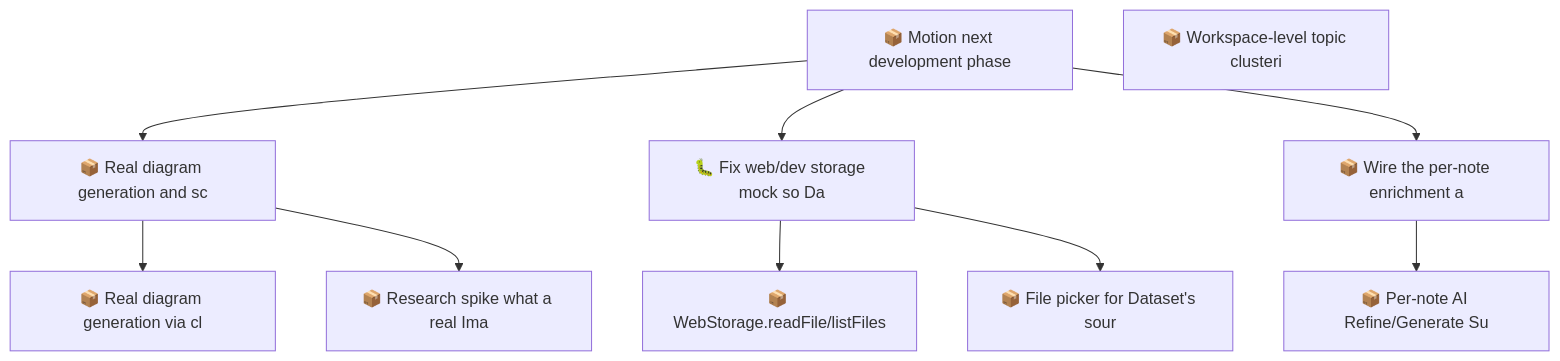
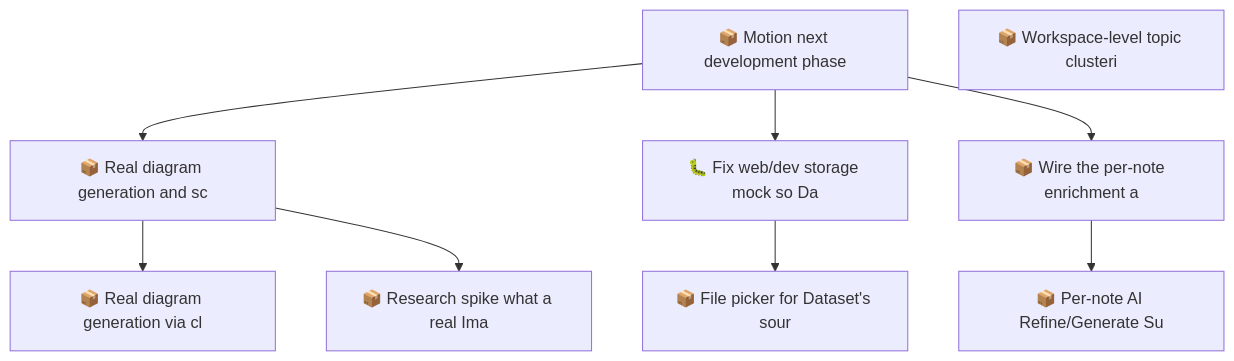
Before and after one commit to SpillwaveSolutions/motion: the second of 2 diagrams in docs/roadmap.md, drawn with Mermaid. The commit also changed other lines of this file and 15 other files, not shown here.

````diff
--- a/docs/roadmap.md
+++ b/docs/roadmap.md
@@ -72,21 +75,19 @@
 ```mermaid
 graph TD
     01KYFZ6RBHABFSC9K9NJ90168Q["📦 Motion next development phase"]
-    01KYFZ6RBJ18SB2ZCSFK06BNJ2["📦 WebStorage.readFile/listFiles"]
     01KYFZ6RBJ5718M3GQPAB76RHS["📦 Real diagram generation and sc"]
     01KYFZ6RBJC07FEQ0FT0KQ302M["🐛 Fix web/dev storage mock so Da"]
     01KYFZ6RBJCWMMF7THJZFB6943["📦 Real diagram generation via cl"]
     01KYFZ6RBJEYPZ9RX0F86490TM["📦 Research spike what a real Ima"]
     01KYFZ6RBJT7FG0G30WYS3YF6Q["📦 File picker for Dataset's sour"]
     01KYFZ6RBJV920SFW0MAN9MX9J["📦 Wire the per-note enrichment a"]
     01KYFZ6RBJZNYDT9AK2V0RA11T["📦 Per-note AI Refine/Generate Su"]
     01KYFZ8RGR06XBSG9CH4TEWYJY["📦 Workspace-level topic clusteri"]
-    01KYFZ6RBJC07FEQ0FT0KQ302M --> 01KYFZ6RBJ18SB2ZCSFK06BNJ2
     01KYFZ6RBHABFSC9K9NJ90168Q --> 01KYFZ6RBJ5718M3GQPAB76RHS
     01KYFZ6RBHABFSC9K9NJ90168Q --> 01KYFZ6RBJC07FEQ0FT0KQ302M
     01KYFZ6RBJ5718M3GQPAB76RHS --> 01KYFZ6RBJCWMMF7THJZFB6943
     01KYFZ6RBJ5718M3GQPAB76RHS --> 01KYFZ6RBJEYPZ9RX0F86490TM
     01KYFZ6RBJC07FEQ0FT0KQ302M --> 01KYFZ6RBJT7FG0G30WYS3YF6Q
     01KYFZ6RBHABFSC9K9NJ90168Q --> 01KYFZ6RBJV920SFW0MAN9MX9J
     01KYFZ6RBJV920SFW0MAN9MX9J --> 01KYFZ6RBJZNYDT9AK2V0RA11T
 ```
````
